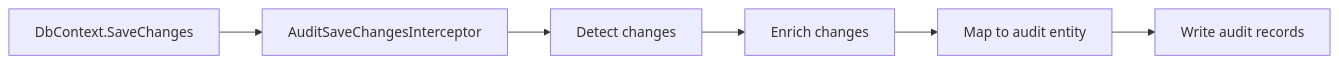
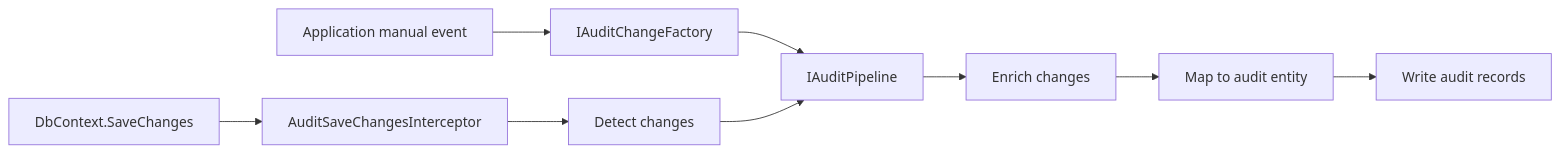
The diagram in docs/architecture.md (msLoginoff/AuditLogLens), drawn with Mermaid before and after one commit. The commit also changed other lines of this file and 9 other files, not shown here.

````diff
--- a/docs/architecture.md
+++ b/docs/architecture.md
@@ -9,8 +9,11 @@
 ```mermaid
 flowchart LR
     SaveChanges["DbContext.SaveChanges"] --> Interceptor["AuditSaveChangesInterceptor"]
+    Manual["Application manual event"] --> Factory["IAuditChangeFactory"]
+    Factory --> Pipeline["IAuditPipeline"]
     Interceptor --> Detect["Detect changes"]
-    Detect --> Enrich["Enrich changes"]
+    Detect --> Pipeline
+    Pipeline --> Enrich["Enrich changes"]
     Enrich --> Map["Map to audit entity"]
     Map --> Write["Write audit records"]
 ```
````
